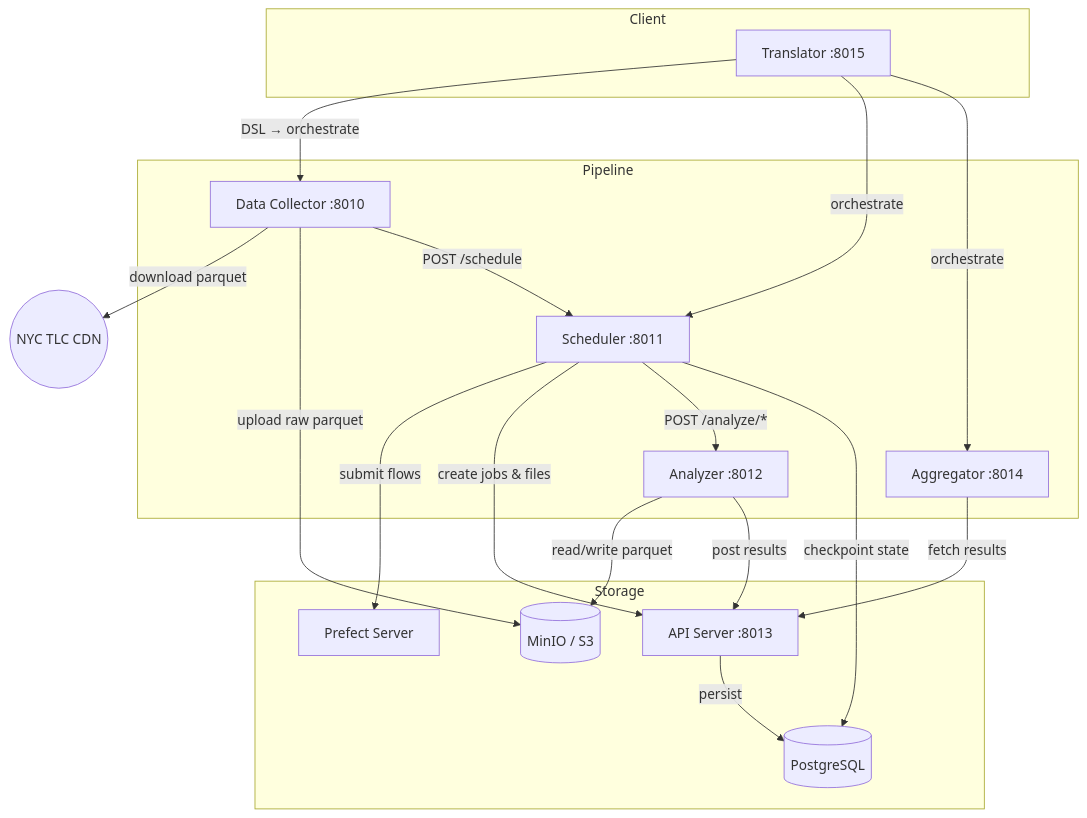
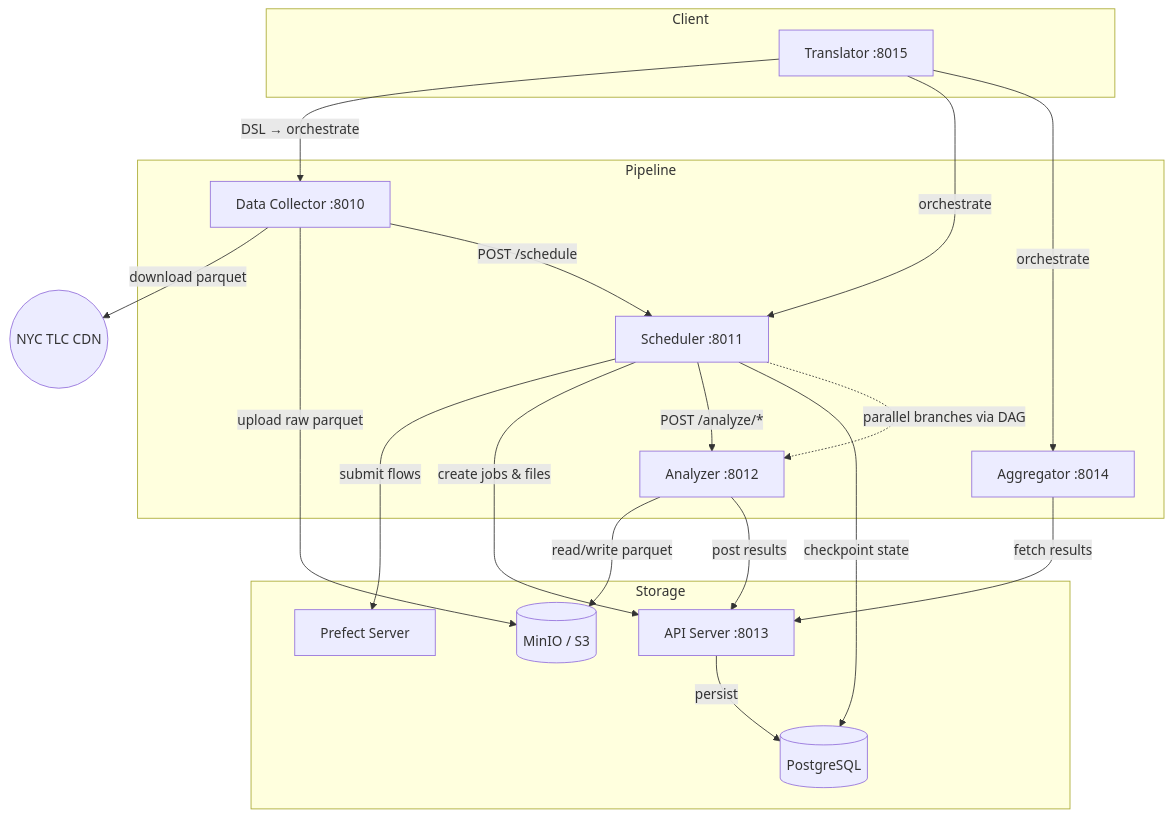
Before and after one commit to Gleventis/etl_pipeline: the diagram in README.md, drawn with Mermaid. The commit also changed other lines of this file, not shown here.

Commit message:
docs: update README to reflect DAG-based branching pipeline support

````diff
--- a/README.md
+++ b/README.md
@@ -7,40 +7,41 @@
 ```mermaid
 graph TD
     subgraph Client
         T[Translator :8015]
     end
 
     subgraph Pipeline
         DC[Data Collector :8010]
         SC[Scheduler :8011]
         AN[Analyzer :8012]
         AG[Aggregator :8014]
     end
 
     subgraph Storage
         API[API Server :8013]
         PG[(PostgreSQL)]
         S3[(MinIO / S3)]
         PF[Prefect Server]
     end
 
     T -- "DSL → orchestrate" --> DC
     T -- "orchestrate" --> SC
     T -- "orchestrate" --> AG
 
     DC -- "download parquet" --> TLC((NYC TLC CDN))
     DC -- "upload raw parquet" --> S3
     DC -- "POST /schedule" --> SC
 
     SC -- "submit flows" --> PF
     SC -- "create jobs & files" --> API
     SC -- "POST /analyze/*" --> AN
     SC -- "checkpoint state" --> PG
+    SC -. "parallel branches via DAG" .-> AN
 
     AN -- "read/write parquet" --> S3
     AN -- "post results" --> API
 
     AG -- "fetch results" --> API
 
     API -- "persist" --> PG
 ```
````
